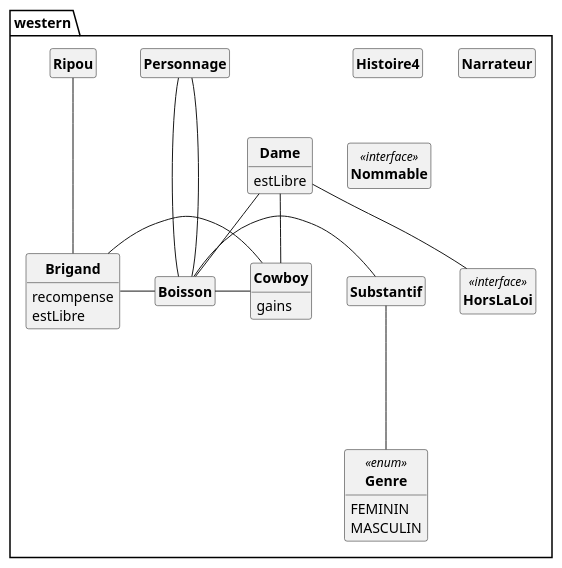
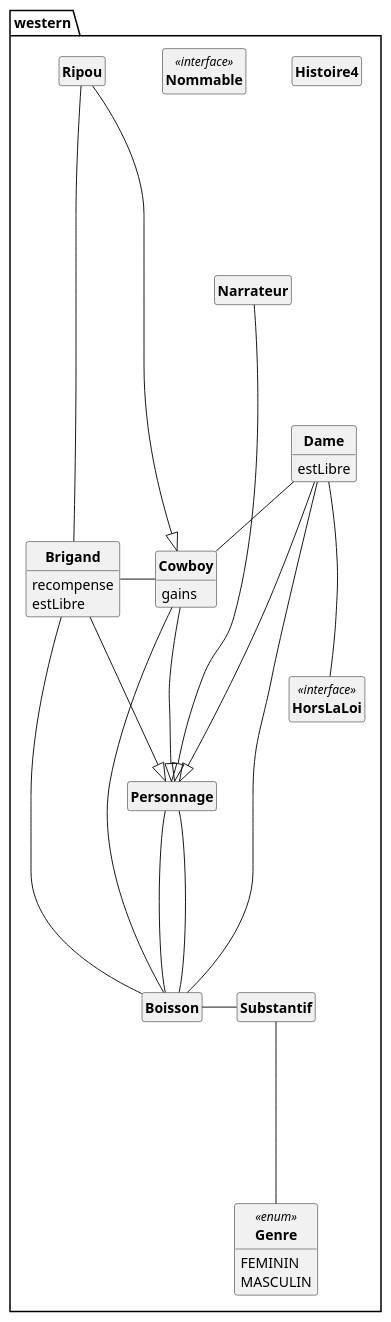
Before and after one commit to DimToups/Java-to-PUML-converter: the diagram in out/production/p21_projet/pumlFromJava/westernClass.puml, drawn with PlantUML. The commit also changed 5 other files, not shown here.

```diff
--- a/out/production/p21_projet/pumlFromJava/westernClass.puml
+++ b/out/production/p21_projet/pumlFromJava/westernClass.puml
@@ -1,65 +1,70 @@
 @startuml
 'https://plantuml.com/class-diagram
 skinparam style strictuml
 skinparam classAttributeIconSize 0
 skinparam classFontStyle Bold
 
 hide empty members
 
 
 package western{
 
 class Boisson{
 
 }
 class Brigand{
 	recompense
 	estLibre
 
 }
 class Cowboy{
 	gains
 
 }
 class Dame{
 	estLibre
 
 }
 class Genre <<enum>>{
 	FEMININ
 	MASCULIN
 
 }
 class Histoire4{
 
 }
 class HorsLaLoi <<interface>>{
 
 }
 class Narrateur{
 
 }
 class Nommable <<interface>>{
 
 }
 class Personnage{
 
 }
 class Ripou{
 
 }
 class Substantif{
 
 }
 Boisson-Substantif
+Brigand-|>Personnage
 Brigand-Cowboy
 Brigand-Boisson
-Cowboy-Boisson
+Cowboy---|>Personnage
+Cowboy--Boisson
+Dame----|>Personnage
 Dame--Cowboy
-Dame--HorsLaLoi
-Dame--Boisson
-Personnage--Boisson
+Dame---HorsLaLoi
+Dame---Boisson
+Narrateur------|>Personnage
 Personnage---Boisson
-Ripou---Brigand
-Substantif---Genre
+Personnage----Boisson
+Ripou-------|>Cowboy
+Ripou----Brigand
+Substantif----Genre
 @enduml
```
